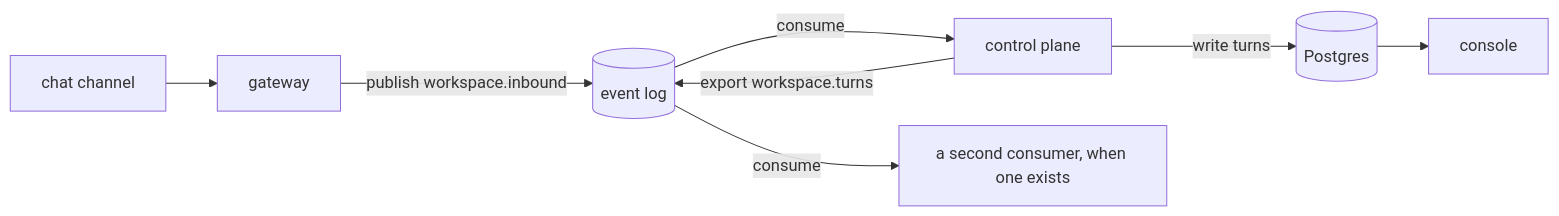
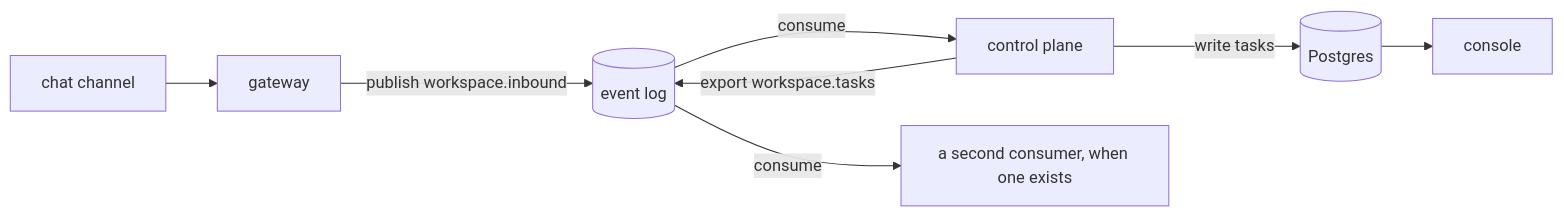
Before and after one commit to atlantic-blue/quay-crew: the diagram in docs/EVENTS.md, drawn with Mermaid. The commit also changed other lines of this file and 170 other files, not shown here.

````diff
--- a/docs/EVENTS.md
+++ b/docs/EVENTS.md
@@ -69,10 +69,10 @@
 ```mermaid
 flowchart LR
     channel["chat channel"] --> gateway
     gateway -->|"publish workspace.inbound"| log[("event log")]
     log -->|consume| controlplane["control plane"]
-    controlplane -->|"write turns"| store[("Postgres")]
-    controlplane -->|"export workspace.turns"| log
+    controlplane -->|"write tasks"| store[("Postgres")]
+    controlplane -->|"export workspace.tasks"| log
     store --> console["console"]
     log -->|consume| second["a second consumer, when one exists"]
 ```
````
